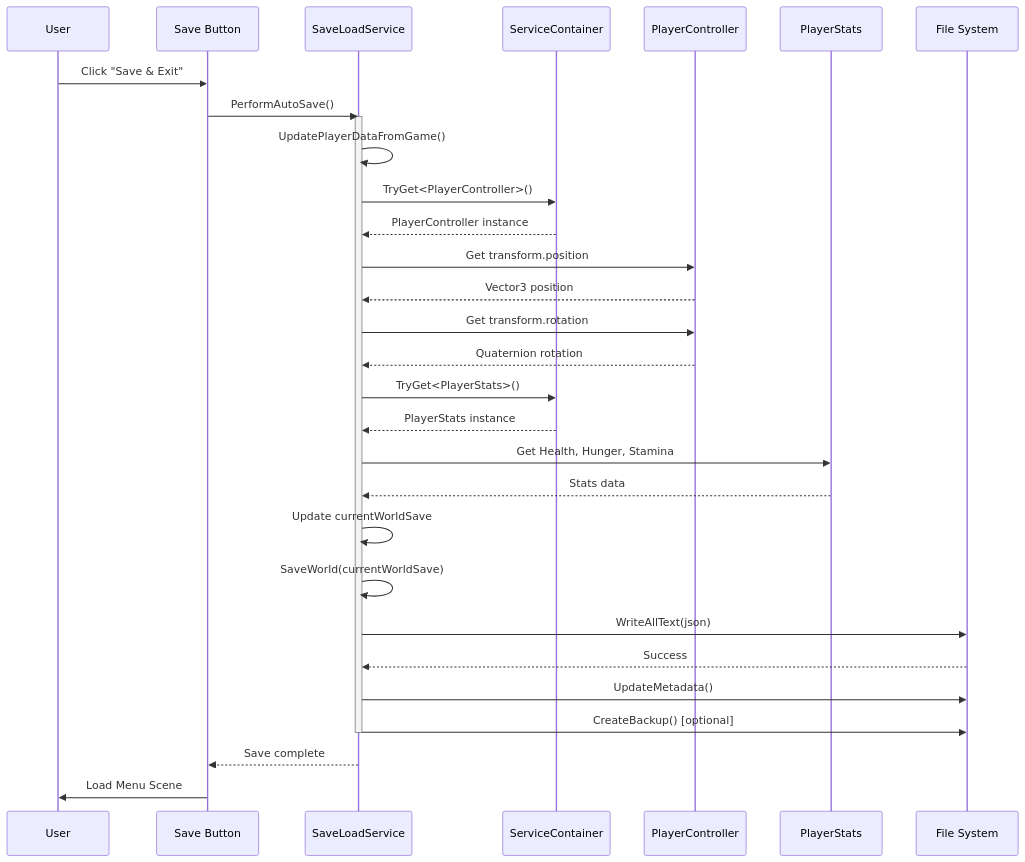
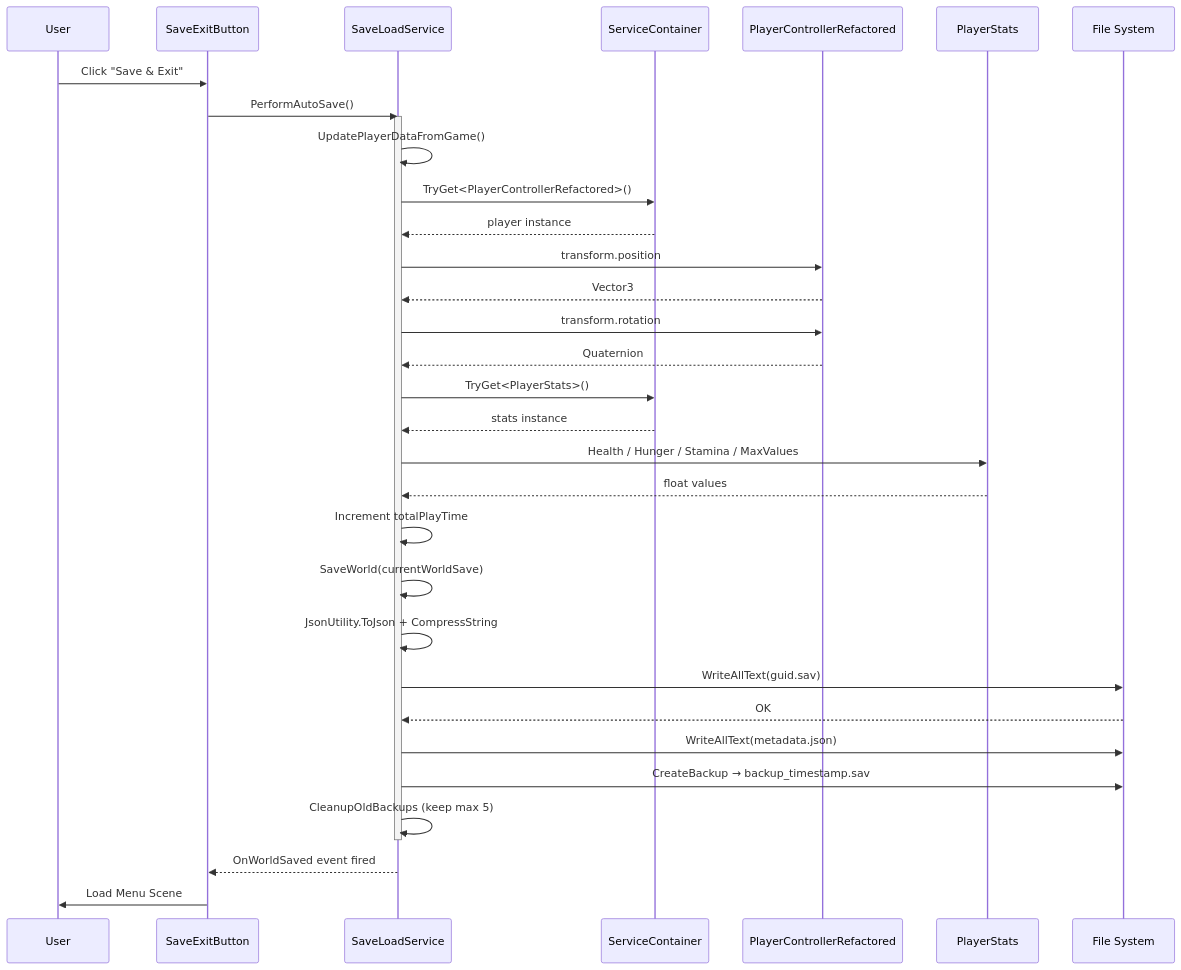
The fourth of 20 diagrams in CODEBASE_MERMAID_DIAGRAMS.md (DontBeknown/so-PEAK), drawn with Mermaid before and after one commit. The commit also changed other lines of this file and 49 other files, not shown here.

````diff
--- a/CODEBASE_MERMAID_DIAGRAMS.md
+++ b/CODEBASE_MERMAID_DIAGRAMS.md
@@ -123,42 +143,44 @@
 ```mermaid
 sequenceDiagram
     participant User
-    participant Button as Save Button
+    participant Button as SaveExitButton
     participant Service as SaveLoadService
     participant Container as ServiceContainer
-    participant Player as PlayerController
+    participant Player as PlayerControllerRefactored
     participant Stats as PlayerStats
     participant File as File System
-    
+
     User->>Button: Click "Save & Exit"
     Button->>Service: PerformAutoSave()
     activate Service
-    
+
     Service->>Service: UpdatePlayerDataFromGame()
-    Service->>Container: TryGet<PlayerController>()
-    Container-->>Service: PlayerController instance
-    
-    Service->>Player: Get transform.position
-    Player-->>Service: Vector3 position
-    
-    Service->>Player: Get transform.rotation
-    Player-->>Service: Quaternion rotation
-    
+    Service->>Container: TryGet<PlayerControllerRefactored>()
+    Container-->>Service: player instance
+
+    Service->>Player: transform.position
+    Player-->>Service: Vector3
+
+    Service->>Player: transform.rotation
+    Player-->>Service: Quaternion
+
     Service->>Container: TryGet<PlayerStats>()
-    Container-->>Service: PlayerStats instance
-    
-    Service->>Stats: Get Health, Hunger, Stamina
-    Stats-->>Service: Stats data
-    
-    Service->>Service: Update currentWorldSave
+    Container-->>Service: stats instance
+
+    Service->>Stats: Health / Hunger / Stamina / MaxValues
+    Stats-->>Service: float values
+
+    Service->>Service: Increment totalPlayTime
     Service->>Service: SaveWorld(currentWorldSave)
-    Service->>File: WriteAllText(json)
-    File-->>Service: Success
-    
-    Service->>File: UpdateMetadata()
-    Service->>File: CreateBackup() [optional]
-    
+    Service->>Service: JsonUtility.ToJson + CompressString
+    Service->>File: WriteAllText(guid.sav)
+    File-->>Service: OK
+
+    Service->>File: WriteAllText(metadata.json)
+    Service->>File: CreateBackup → backup_timestamp.sav
+    Service->>Service: CleanupOldBackups (keep max 5)
+
     deactivate Service
-    Service-->>Button: Save complete
+    Service-->>Button: OnWorldSaved event fired
     Button->>User: Load Menu Scene
 ```
````
